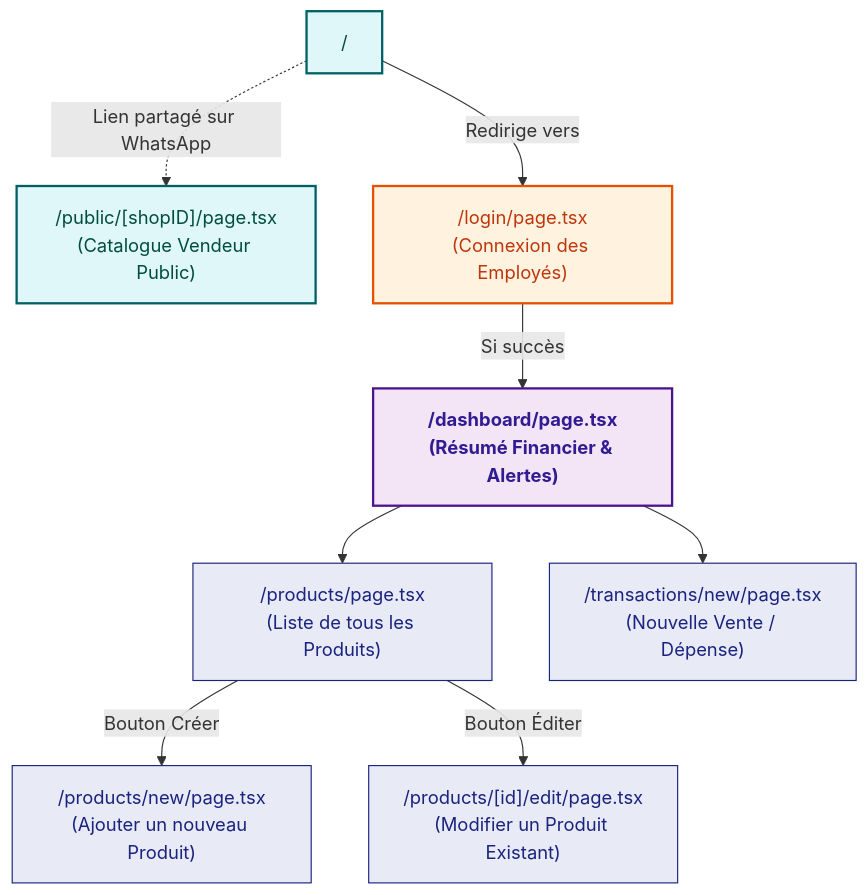
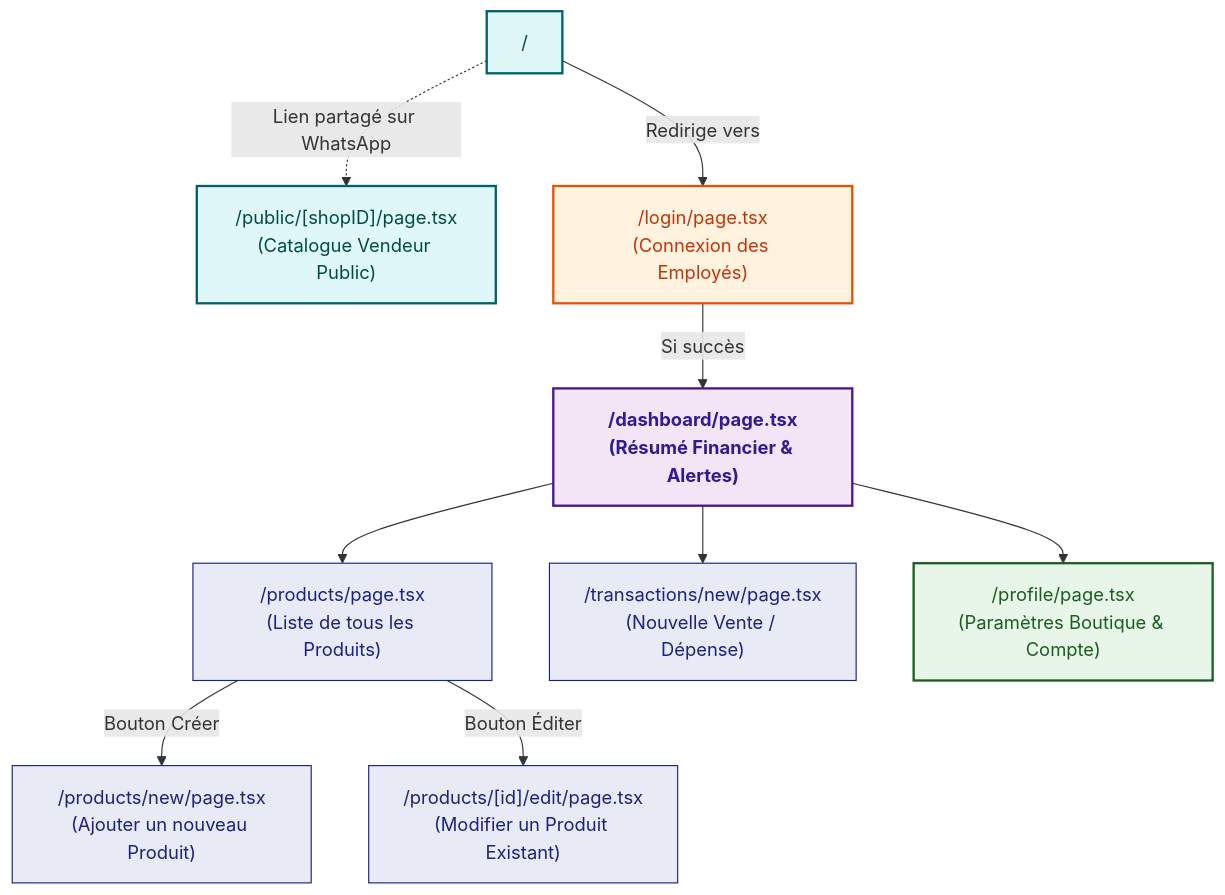
The diagram in docs/scenario.md (EragonRD/arem-shop), drawn with Mermaid before and after one commit. The commit also changed other lines of this file and 9 other files, not shown here.

````diff
--- a/docs/scenario.md
+++ b/docs/scenario.md
@@ -5,37 +5,41 @@
 ```mermaid
 flowchart TD
     %% Couleurs pour différencier les grandes zones
     classDef public fill:#e0f7fa,stroke:#006064,stroke-width:2px,color:#004d40
     classDef auth fill:#fff3e0,stroke:#e65100,stroke-width:2px,color:#bf360c
     classDef dashboard fill:#f3e5f5,stroke:#4a148c,stroke-width:2px,color:#311b92,font-weight:bold
     classDef crud fill:#e8eaf6,stroke:#1a237e,stroke-width:1px,color:#1a237e
+    classDef settings fill:#e8f5e9,stroke:#1b5e20,stroke-width:2px,color:#1b5e20
 
     %% Pages Publiques
     Root["/"]:::public
     PublicCatalog["/public/[shopID]/page.tsx\n(Catalogue Vendeur Public)"]:::public
     
     %% Authentification
     Login["/login/page.tsx\n(Connexion des Employés)"]:::auth
 
     %% Zone Protégée (Dashboard & Gestion)
     Dashboard["/dashboard/page.tsx\n(Résumé Financier & Alertes)"]:::dashboard
     
     ProductsList["/products/page.tsx\n(Liste de tous les Produits)"]:::crud
     ProductCreate["/products/new/page.tsx\n(Ajouter un nouveau Produit)"]:::crud
     ProductEdit["/products/[id]/edit/page.tsx\n(Modifier un Produit Existant)"]:::crud
     
     TransactionCreate["/transactions/new/page.tsx\n(Nouvelle Vente / Dépense)"]:::crud
 
+    Profile["/profile/page.tsx\n(Paramètres Boutique & Compte)"]:::settings
+
     %% Les chemins
     Root -->|"Redirige vers"| Login
     Login -->|"Si succès"| Dashboard
 
     Dashboard --> ProductsList
     Dashboard --> TransactionCreate
+    Dashboard --> Profile
 
     ProductsList -->|"Bouton Créer"| ProductCreate
     ProductsList -->|"Bouton Éditer"| ProductEdit
 
     %% Catalogues indépendants
     Root -.->|"Lien partagé sur WhatsApp"| PublicCatalog
 ```
````
